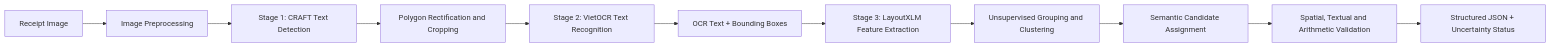
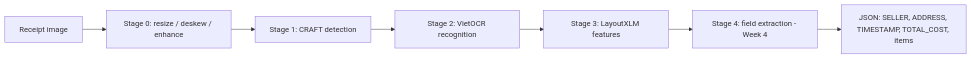
The diagram in README.md (CaoLePhucThinh2203/QuetHoaDon), drawn with Mermaid before and after one commit. The commit also changed other lines of this file and 41 other files, not shown here.

````diff
--- a/README.md
+++ b/README.md
@@ -31,13 +13,9 @@
 ```mermaid
 flowchart LR
-    A["Receipt Image"] --> B["Image Preprocessing"]
-    B --> C["Stage 1: CRAFT Text Detection"]
-    C --> D["Polygon Rectification and Cropping"]
-    D --> E["Stage 2: VietOCR Text Recognition"]
-    E --> F["OCR Text + Bounding Boxes"]
-    F --> G["Stage 3: LayoutXLM Feature Extraction"]
-    G --> H["Unsupervised Grouping and Clustering"]
-    H --> I["Semantic Candidate Assignment"]
-    I --> J["Spatial, Textual and Arithmetic Validation"]
-    J --> K["Structured JSON + Uncertainty Status"]
+    A[Receipt image] --> B[Stage 0: resize / deskew / enhance]
+    B --> C[Stage 1: CRAFT detection]
+    C --> D[Stage 2: VietOCR recognition]
+    D --> E[Stage 3: LayoutXLM features]
+    E --> F[Stage 4: field extraction - Week 4]
+    F --> G[JSON: SELLER, ADDRESS, TIMESTAMP, TOTAL_COST, items]
 ```
````
